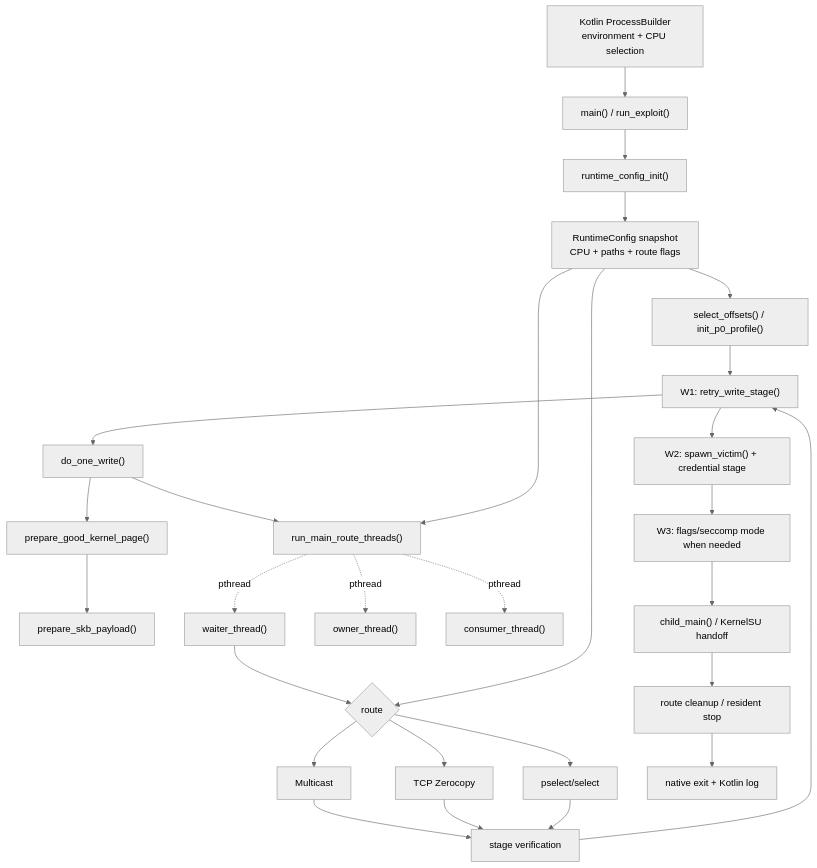
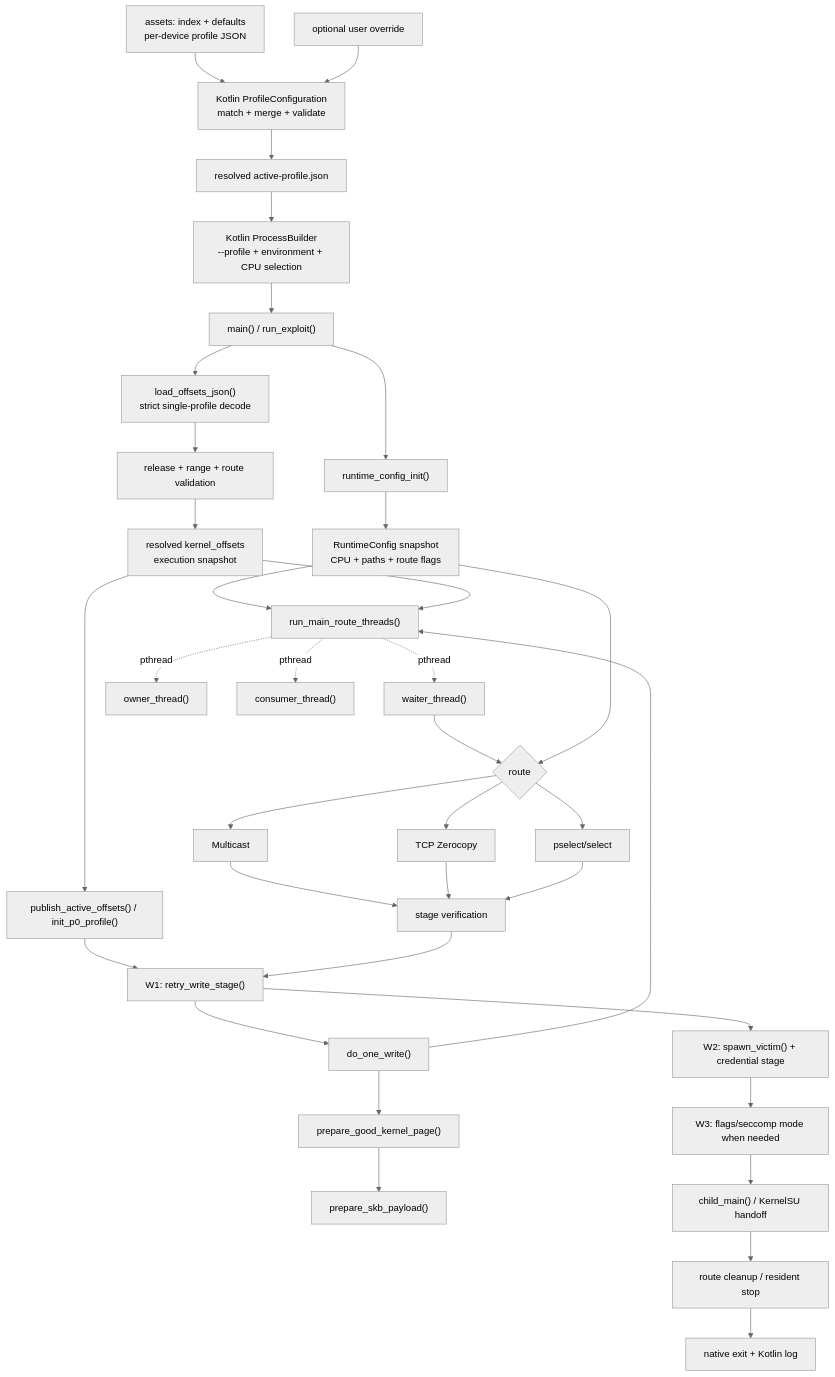
The first of 7 diagrams in analysis/routes.md (YuKongA/ghostlock-app), drawn with Mermaid (neutral theme) before and after one commit. The commit also changed other lines of this file and 1 other file, not shown here.

Commit message:
docs(decoupling): mark S03 device gate complete

````diff
--- a/analysis/routes.md
+++ b/analysis/routes.md
@@ -7,30 +7,38 @@
 ```mermaid
 flowchart TD
-    Kotlin["Kotlin ProcessBuilder<br/>environment + CPU selection"] --> Main["main() / run_exploit()"]
+    Assets["assets: index + defaults<br/>per-device profile JSON"] --> Resolve["Kotlin ProfileConfiguration<br/>match + merge + validate"]
+    Override["optional user override"] --> Resolve
+    Resolve --> Active["resolved active-profile.json"]
+    Active --> Launch["Kotlin ProcessBuilder<br/>--profile + environment + CPU selection"]
+    Launch --> Main["main() / run_exploit()"]
     Main --> Config["runtime_config_init()"]
     Config --> Snapshot["RuntimeConfig snapshot<br/>CPU + paths + route flags"]
-    Snapshot --> Init["select_offsets() / init_p0_profile()"]
+    Main --> Decode["load_offsets_json()<br/>strict single-profile decode"]
+    Decode --> Validate["release + range + route validation"]
+    Validate --> Profile["resolved kernel_offsets<br/>execution snapshot"]
+    Profile --> Init["publish_active_offsets() / init_p0_profile()"]
     Init --> W1["W1: retry_write_stage()"]
     W1 --> Write["do_one_write()"]
     Write --> Page["prepare_good_kernel_page()"]
     Page --> Payload["prepare_skb_payload()"]
     Write --> Race["run_main_route_threads()"]
     Snapshot --> Race
+    Profile --> Race
     Race -. pthread .-> Waiter["waiter_thread()"]
     Race -. pthread .-> Owner["owner_thread()"]
     Race -. pthread .-> Consumer["consumer_thread()"]
     Waiter --> Choice{"route"}
     Snapshot --> Choice
     Choice --> M["Multicast"]
     Choice --> T["TCP Zerocopy"]
     Choice --> P["pselect/select"]
     M --> Verify["stage verification"]
     T --> Verify
     P --> Verify
     Verify --> W1
     W1 --> W2["W2: spawn_victim() + credential stage"]
     W2 --> W3["W3: flags/seccomp mode when needed"]
     W3 --> Root["child_main() / KernelSU handoff"]
     Root --> Cleanup["route cleanup / resident stop"]
     Cleanup --> Exit["native exit + Kotlin log"]
 ```
````
